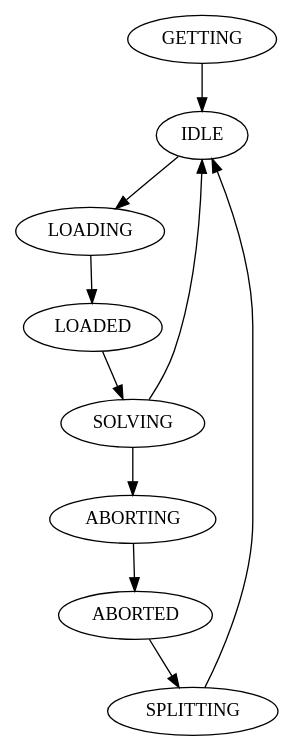
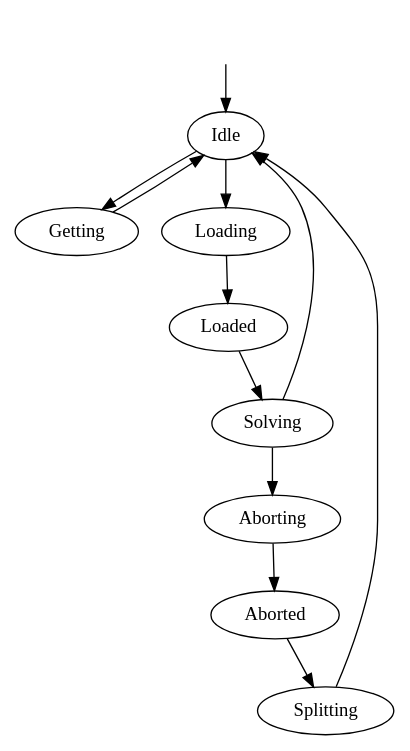
Before and after one commit to ivissani/rfm: the diagram in tesis/graphs/workerstates.dot, drawn with Graphviz. The commit also changed 7 other files, not shown here.

Commit message:
diagramas en pdf

```diff
--- a/tesis/graphs/workerstates.dot
+++ b/tesis/graphs/workerstates.dot
@@ -1,11 +1,14 @@
 digraph G {
-	IDLE -> LOADING;
-	GETTING -> IDLE;
-	LOADING -> LOADED;
-	LOADED -> SOLVING;
-	SOLVING -> IDLE;
-	SOLVING -> ABORTING;
-	ABORTING -> ABORTED;
-	ABORTED -> SPLITTING;
-	SPLITTING -> IDLE;
+	falsenode [shape=none, label=""];
+	falsenode -> Idle;
+	Idle -> Getting;
+	Idle -> Loading;
+	Getting -> Idle;
+	Loading -> Loaded;
+	Loaded -> Solving;
+	Solving -> Idle;
+	Solving -> Aborting;
+	Aborting -> Aborted;
+	Aborted -> Splitting;
+	Splitting -> Idle;
 }
```
